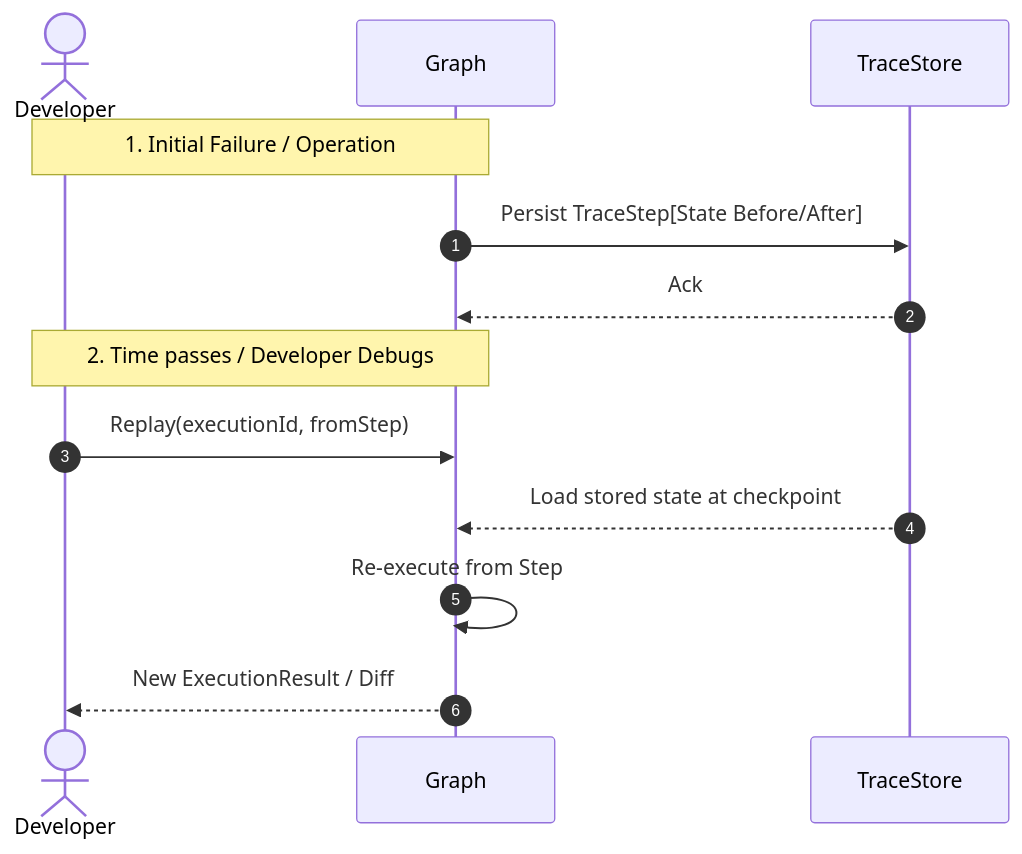
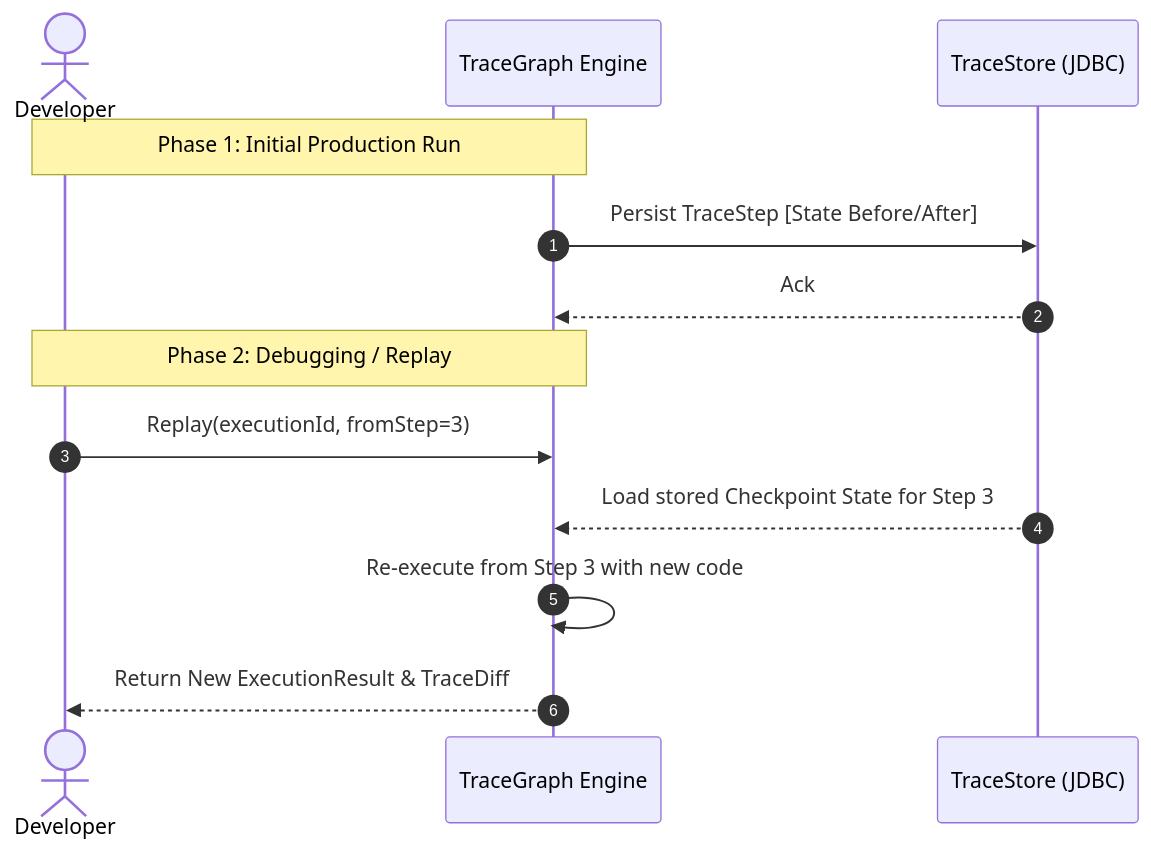
One commit to kimhongzhang323/TraceGraph changed the diagram in tracegraph-observability/README.md. Above: the diagram before and after it, drawn with Mermaid. The commit also changed other lines of this file and 19 other files, not shown here.

````diff
--- a/tracegraph-observability/README.md
+++ b/tracegraph-observability/README.md
@@ -13,15 +18,17 @@
 ```mermaid
 sequenceDiagram
     autonumber
     actor Developer
-    participant Graph
-    participant TraceStore
-    Note over Developer,Graph: 1. Initial Failure / Operation
-    Graph->>TraceStore: Persist TraceStep[State Before/After]
-    TraceStore-->>Graph: Ack
-    Note over Developer,Graph: 2. Time passes / Developer Debugs
-    Developer->>Graph: Replay(executionId, fromStep)
-    TraceStore-->>Graph: Load stored state at checkpoint
-    Graph->>Graph: Re-execute from Step
-    Graph-->>Developer: New ExecutionResult / Diff
+    participant Graph as TraceGraph Engine
+    participant Store as TraceStore (JDBC)
+    
+    Note over Developer,Graph: Phase 1: Initial Production Run
+    Graph->>Store: Persist TraceStep [State Before/After]
+    Store-->>Graph: Ack
+    
+    Note over Developer,Graph: Phase 2: Debugging / Replay
+    Developer->>Graph: Replay(executionId, fromStep=3)
+    Store-->>Graph: Load stored Checkpoint State for Step 3
+    Graph->>Graph: Re-execute from Step 3 with new code
+    Graph-->>Developer: Return New ExecutionResult & TraceDiff
 ```
````
